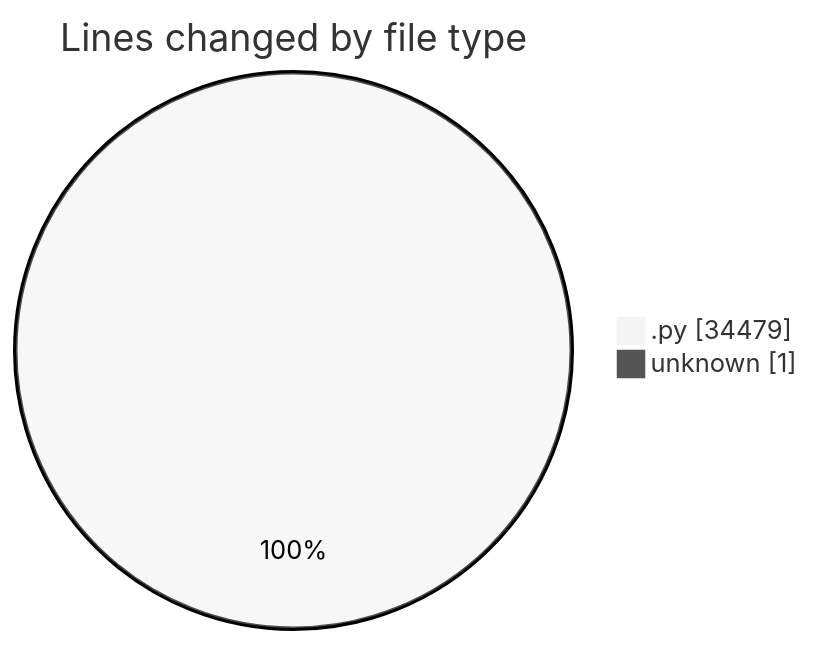
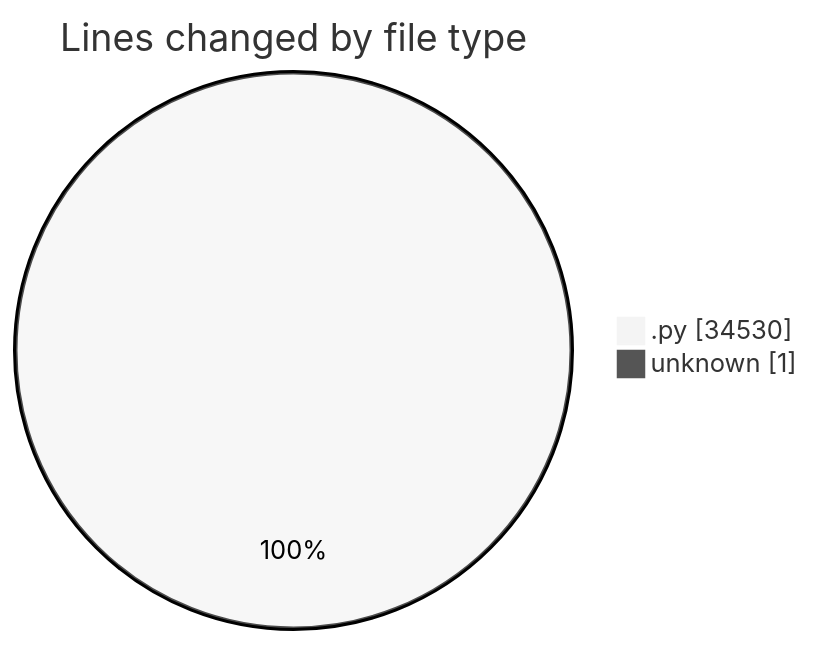
One commit to julien-gomy/code-tracking changed the first of 2 diagrams in 2025-11-22/eventscop-api-guide__workspace_/README.md. Above: the diagram before and after it, drawn with Mermaid (neutral theme). The commit also changed other lines of this file and 1 other file, not shown here.

````diff
--- a/2025-11-22/eventscop-api-guide__workspace_/README.md
+++ b/2025-11-22/eventscop-api-guide__workspace_/README.md
@@ -36,6 +37,6 @@
 ```mermaid
 pie showData
 title Lines changed by file type
-".py" : 34479
+".py" : 34530
 "unknown" : 1
 ```
````
